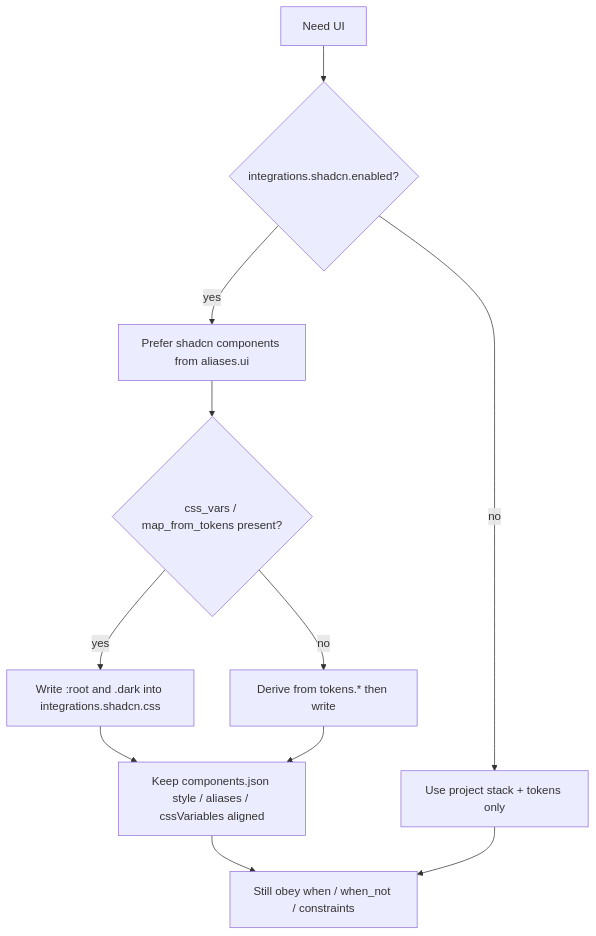
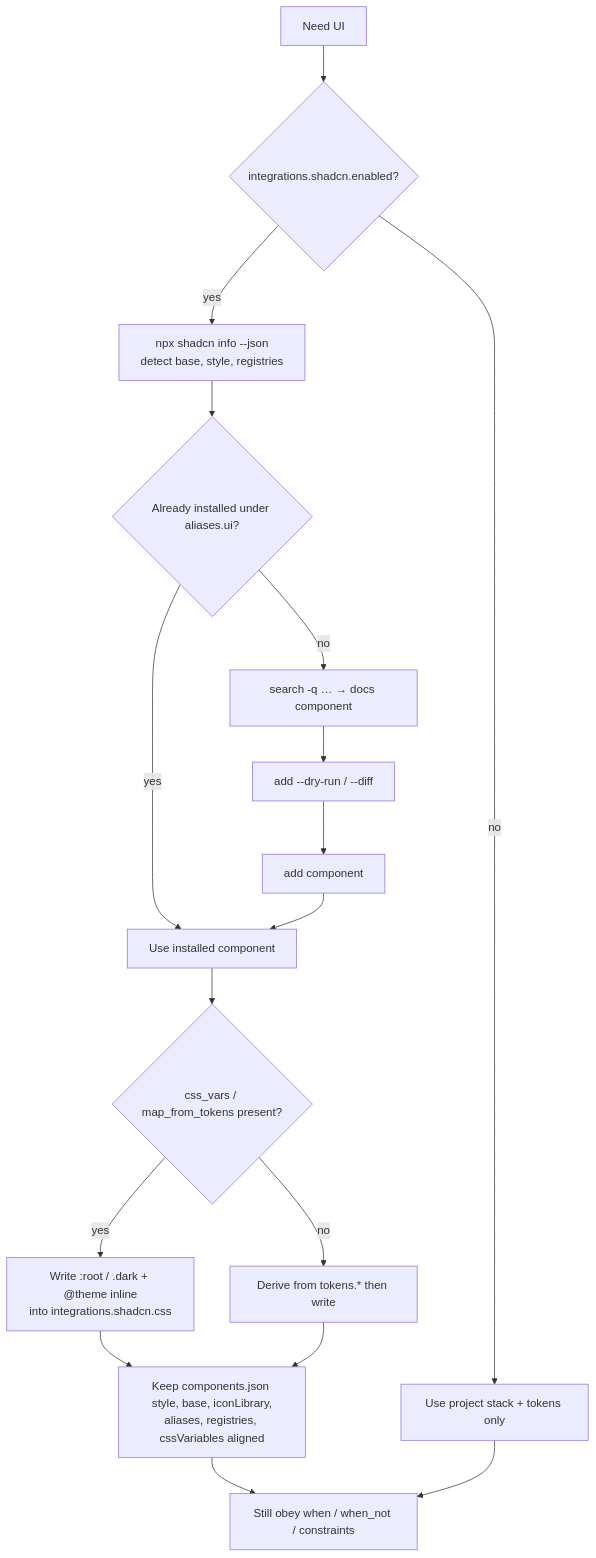
Before and after one commit to AgentsORG/DESIGN: the second of 2 diagrams in docs/shadcn.md, drawn with Mermaid. The commit also changed other lines of this file and 25 other files, not shown here.

````diff
--- a/docs/shadcn.md
+++ b/docs/shadcn.md
@@ -127,13 +193,19 @@
 ```mermaid
 flowchart TD
   Need[Need UI] --> En{integrations.shadcn.enabled?}
   En -->|no| Stack[Use project stack + tokens only]
-  En -->|yes| Prefer[Prefer shadcn components from aliases.ui]
-  Prefer --> Vars{css_vars / map_from_tokens present?}
-  Vars -->|yes| Write[Write :root and .dark into integrations.shadcn.css]
+  En -->|yes| Info["npx shadcn info --json\ndetect base, style, registries"]
+  Info --> Have{Already installed under aliases.ui?}
+  Have -->|yes| Use[Use installed component]
+  Have -->|no| Find["search -q … → docs component"]
+  Find --> Dry["add --dry-run / --diff"]
+  Dry --> Add[add component]
+  Add --> Use
+  Use --> Vars{css_vars / map_from_tokens present?}
+  Vars -->|yes| Write["Write :root / .dark + @theme inline\ninto integrations.shadcn.css"]
   Vars -->|no| Derive[Derive from tokens.* then write]
-  Write --> CJSync[Keep components.json style / aliases / cssVariables aligned]
+  Write --> CJSync["Keep components.json style, base, iconLibrary,\naliases, registries, cssVariables aligned"]
   Derive --> CJSync
   CJSync --> Policy[Still obey when / when_not / constraints]
   Stack --> Policy
 ```
````
